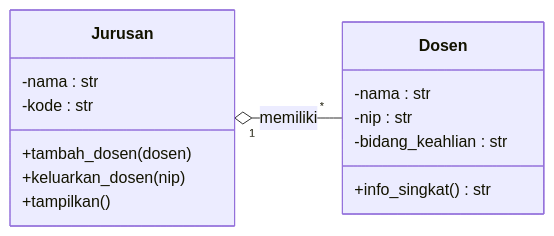
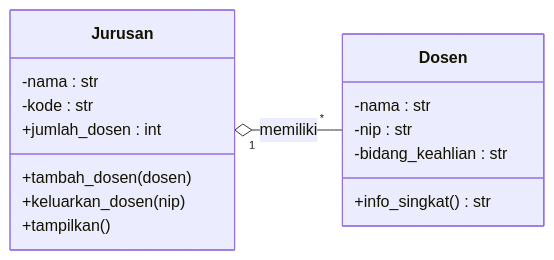
The fourth of 11 diagrams in Materi_05_Hubungan_Kelas_dan_UML/materi.md (antonprafanto/PBO2026), drawn with Mermaid before and after one commit. The commit also changed other lines of this file, not shown here.

````diff
--- a/Materi_05_Hubungan_Kelas_dan_UML/materi.md
+++ b/Materi_05_Hubungan_Kelas_dan_UML/materi.md
@@ -235,18 +244,19 @@
 ```mermaid
 classDiagram
     direction LR
     class Jurusan {
         -nama : str
         -kode : str
+        +jumlah_dosen : int
         +tambah_dosen(dosen)
         +keluarkan_dosen(nip)
         +tampilkan()
     }
     class Dosen {
         -nama : str
         -nip : str
         -bidang_keahlian : str
         +info_singkat() str
     }
     Jurusan "1" o-- "*" Dosen : memiliki
 ```
````
